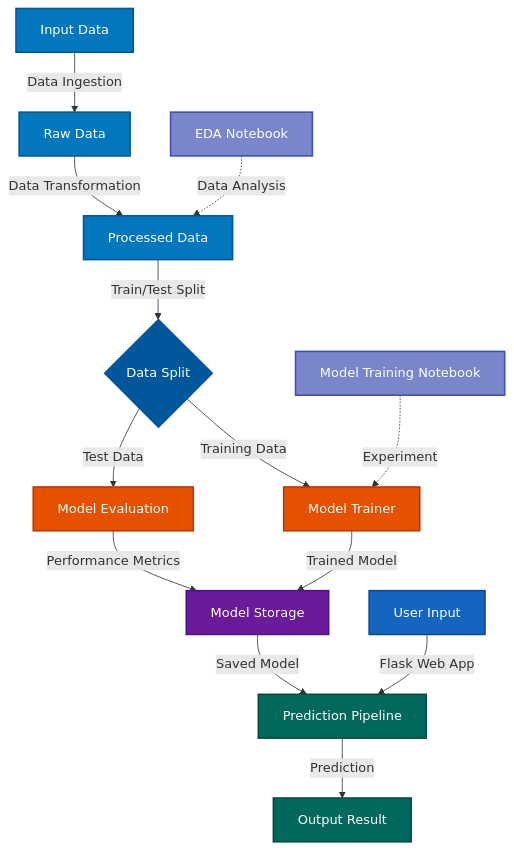
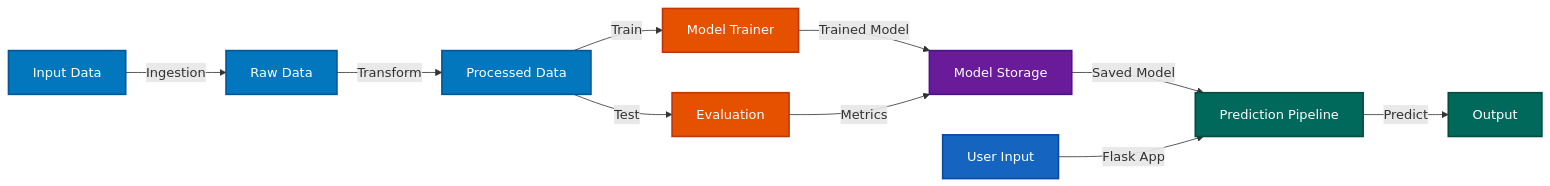
Before and after one commit to ParmeetCS/ml-pipeline-startup-analysis: the diagram in README.md, drawn with Mermaid.

````diff
--- a/README.md
+++ b/README.md
@@ -5,29 +5,20 @@
 ```mermaid
-graph TD
-    A[Input Data] -->|Data Ingestion| B[Raw Data]
-    B -->|Data Transformation| C[Processed Data]
-    C -->|Train/Test Split| D{Data Split}
-    D -->|Training Data| E[Model Trainer]
-    D -->|Test Data| F[Model Evaluation]
-    E -->|Trained Model| G[Model Storage]
-    F -->|Performance Metrics| G
-    G -->|Saved Model| H[Prediction Pipeline]
-    I[User Input] -->|Flask Web App| H
-    H -->|Prediction| J[Output Result]
-    
-    K[EDA Notebook] -.->|Data Analysis| C
-    L[Model Training Notebook] -.->|Experiment| E
+graph LR
+    A[Input Data] -->|Ingestion| B[Raw Data] -->|Transform| C[Processed Data]
+    C -->|Train| D[Model Trainer] -->|Trained Model| E[Model Storage]
+    C -->|Test| F[Evaluation]
+    F -->|Metrics| E
+    E -->|Saved Model| G[Prediction Pipeline]
+    H[User Input] -->|Flask App| G
+    G -->|Predict| I[Output]
     
     style A fill:#0277bd,stroke:#01579b,stroke-width:2px,color:#fff
     style B fill:#0277bd,stroke:#01579b,stroke-width:2px,color:#fff
     style C fill:#0277bd,stroke:#01579b,stroke-width:2px,color:#fff
-    style D fill:#01579b,stroke:#01579b,stroke-width:2px,color:#fff
-    style E fill:#e65100,stroke:#bf360c,stroke-width:2px,color:#fff
+    style D fill:#e65100,stroke:#bf360c,stroke-width:2px,color:#fff
+    style E fill:#6a1b9a,stroke:#4a148c,stroke-width:2px,color:#fff
     style F fill:#e65100,stroke:#bf360c,stroke-width:2px,color:#fff
-    style G fill:#6a1b9a,stroke:#4a148c,stroke-width:2px,color:#fff
-    style H fill:#00695c,stroke:#004d40,stroke-width:2px,color:#fff
-    style I fill:#1565c0,stroke:#0d47a1,stroke-width:2px,color:#fff
-    style J fill:#00695c,stroke:#004d40,stroke-width:2px,color:#fff
-    style K fill:#7986cb,stroke:#3f51b5,stroke-width:2px,color:#fff
-    style L fill:#7986cb,stroke:#3f51b5,stroke-width:2px,color:#fff
+    style G fill:#00695c,stroke:#004d40,stroke-width:2px,color:#fff
+    style H fill:#1565c0,stroke:#0d47a1,stroke-width:2px,color:#fff
+    style I fill:#00695c,stroke:#004d40,stroke-width:2px,color:#fff
 ```
````
